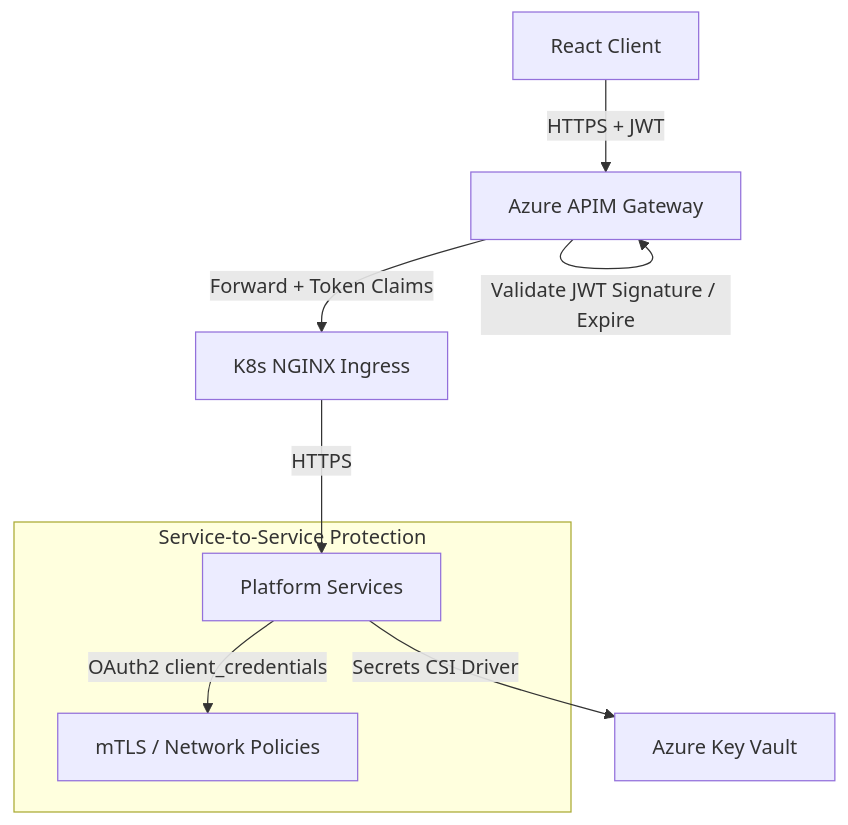
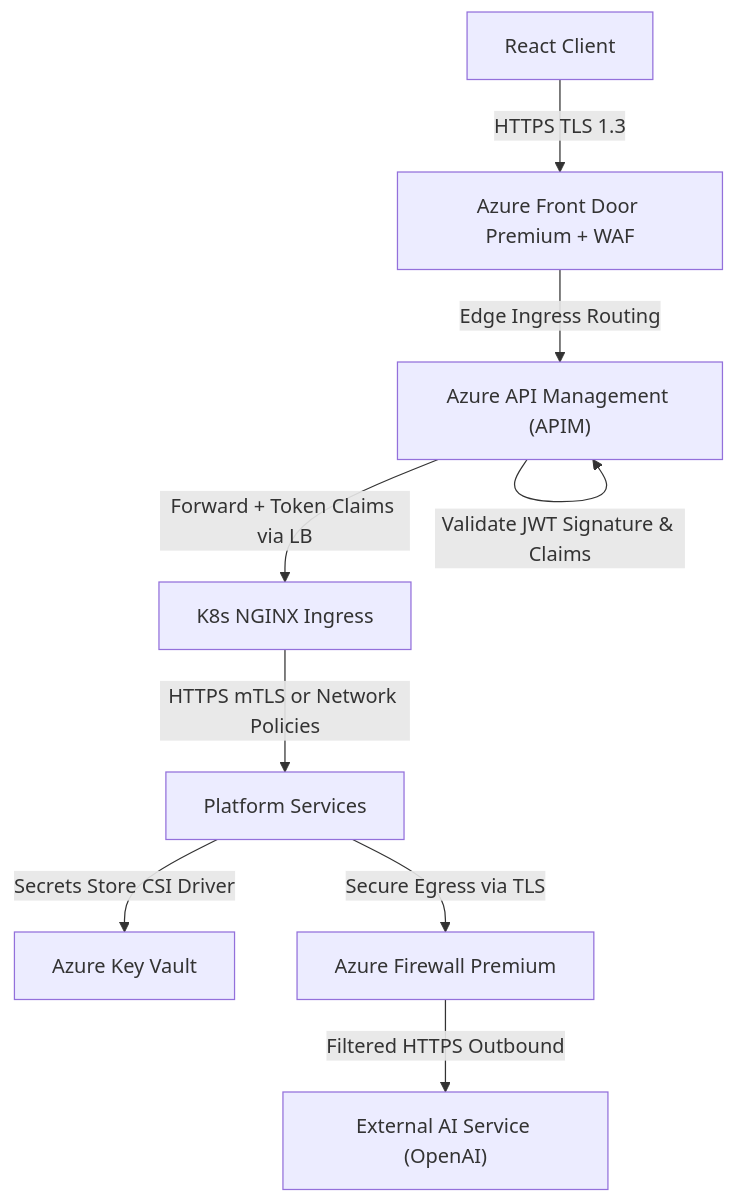
One commit to rehan67/Incident-Investigation-Platform changed the first of 2 diagrams in docs/09-non-functional-architecture/README.md. Above: the diagram before and after it, drawn with Mermaid. The commit also changed other lines of this file and 4 other files, not shown here.

Commit message:
docs: add non-functional architecture documentation with security, observability, and resilience details

````diff
--- a/docs/09-non-functional-architecture/README.md
+++ b/docs/09-non-functional-architecture/README.md
@@ -7,13 +7,12 @@
 ```mermaid
 graph TD
-    CLIENT[React Client] -->|HTTPS + JWT| APIM[Azure APIM Gateway]
-    APIM -->|Validate JWT Signature / Expire| APIM
-    APIM -->|Forward + Token Claims| INGRESS[K8s NGINX Ingress]
-    INGRESS -->|HTTPS| WORKLOADS[Platform Services]
+    CLIENT["React Client"] -->|HTTPS TLS 1.3| FD["Azure Front Door Premium + WAF"]
+    FD -->|Edge Ingress Routing| APIM["Azure API Management (APIM)"]
+    APIM -->|Validate JWT Signature & Claims| APIM
+    APIM -->|Forward + Token Claims via LB| INGRESS["K8s NGINX Ingress"]
+    INGRESS -->|HTTPS mTLS or Network Policies| WORKLOADS["Platform Services"]
     
-    subgraph Service-to-Service Protection
-        WORKLOADS -->|OAuth2 client_credentials| SECURE_COMM[mTLS / Network Policies]
-    end
-
-    WORKLOADS -->|Secrets CSI Driver| KV[Azure Key Vault]
+    WORKLOADS -->|Secrets Store CSI Driver| KV["Azure Key Vault"]
+    WORKLOADS -->|Secure Egress via TLS| FW["Azure Firewall Premium"]
+    FW -->|Filtered HTTPS Outbound| AI_SVC["External AI Service (OpenAI)"]
 ```
````
